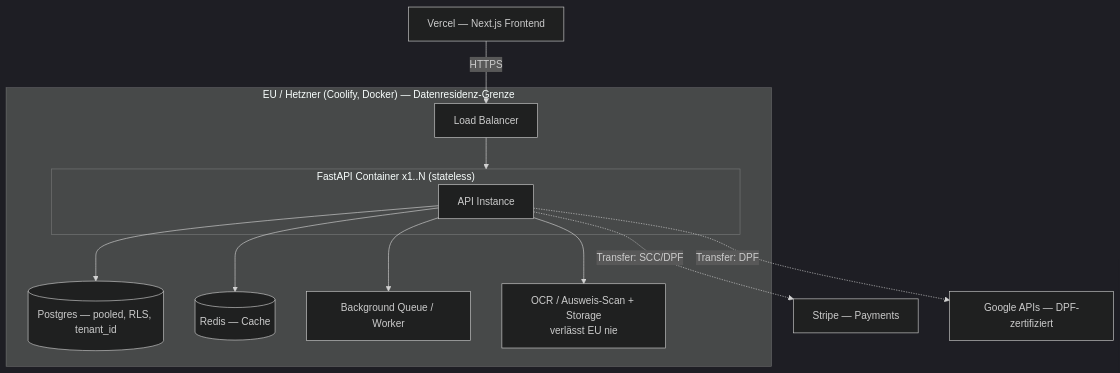
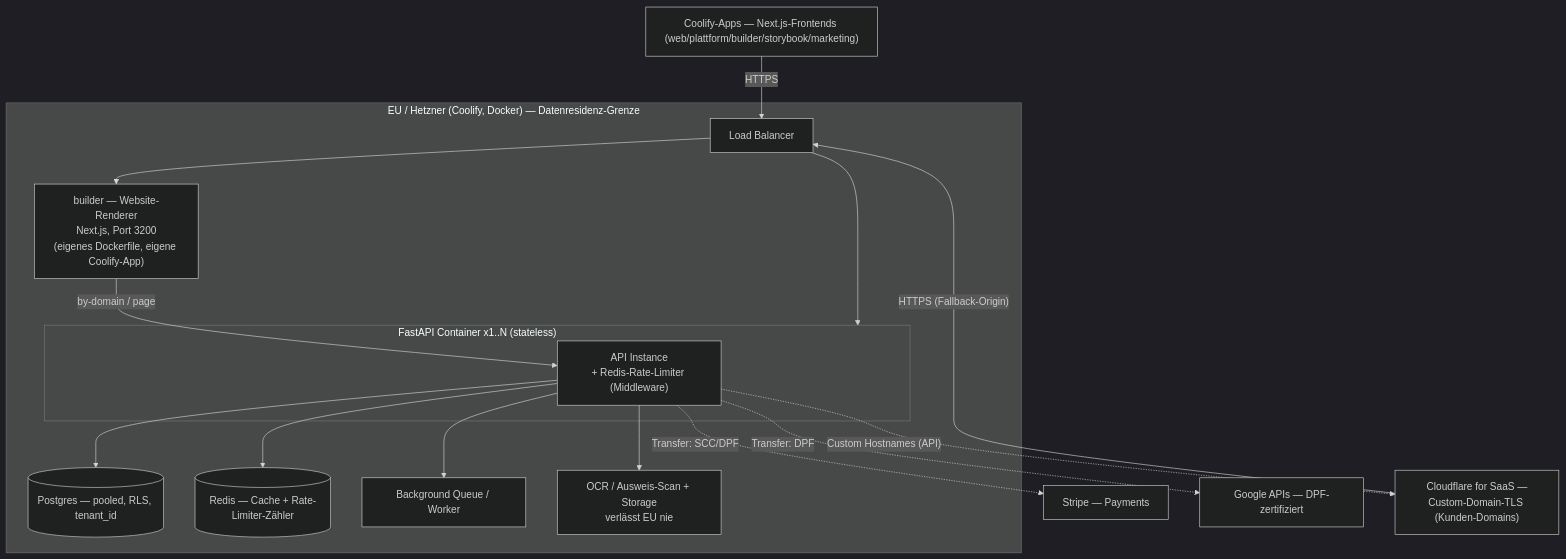
One commit to Andy1234567890-cmyk/NextDays changed diagram 14 of 17 in docs/ARCHITECTURE.md. Above: the diagram before and after it, drawn with Mermaid (dark theme). The commit also changed other lines of this file and 61 other files, not shown here.

````diff
--- a/docs/ARCHITECTURE.md
+++ b/docs/ARCHITECTURE.md
@@ -879,26 +929,32 @@
 ```mermaid
 flowchart TB
     subgraph EU["EU / Hetzner (Coolify, Docker) — Datenresidenz-Grenze"]
         LB["Load Balancer"]
         subgraph APP["FastAPI Container x1..N (stateless)"]
-            A1["API Instance"]
+            A1["API Instance<br/>+ Redis-Rate-Limiter (Middleware)"]
         end
+        BLD["builder — Website-Renderer<br/>Next.js, Port 3200<br/>(eigenes Dockerfile, eigene Coolify-App)"]
         DB[("Postgres — pooled, RLS, tenant_id")]
-        RD[("Redis — Cache")]
+        RD[("Redis — Cache + Rate-Limiter-Zähler")]
         Q["Background Queue / Worker"]
         OCR["OCR / Ausweis-Scan + Storage<br/>verlässt EU nie"]
         LB --> APP
+        LB --> BLD
+        BLD -->|"by-domain / page"| A1
         A1 --> DB
         A1 --> RD
         A1 --> Q
         A1 --> OCR
     end
 
-    VERCEL["Vercel — Next.js Frontend"]
+    FRONTS["Coolify-Apps — Next.js-Frontends (web/plattform/builder/storybook/marketing)"]
     STRIPE["Stripe — Payments"]
     GOOG["Google APIs — DPF-zertifiziert"]
+    CFSAAS["Cloudflare for SaaS —<br/>Custom-Domain-TLS (Kunden-Domains)"]
 
-    VERCEL -->|HTTPS| LB
+    FRONTS -->|HTTPS| LB
+    CFSAAS -->|"HTTPS (Fallback-Origin)"| LB
+    A1 -.->|"Custom Hostnames (API)"| CFSAAS
     A1 -.->|"Transfer: SCC/DPF"| STRIPE
     A1 -.->|"Transfer: DPF"| GOOG
 ```
````
